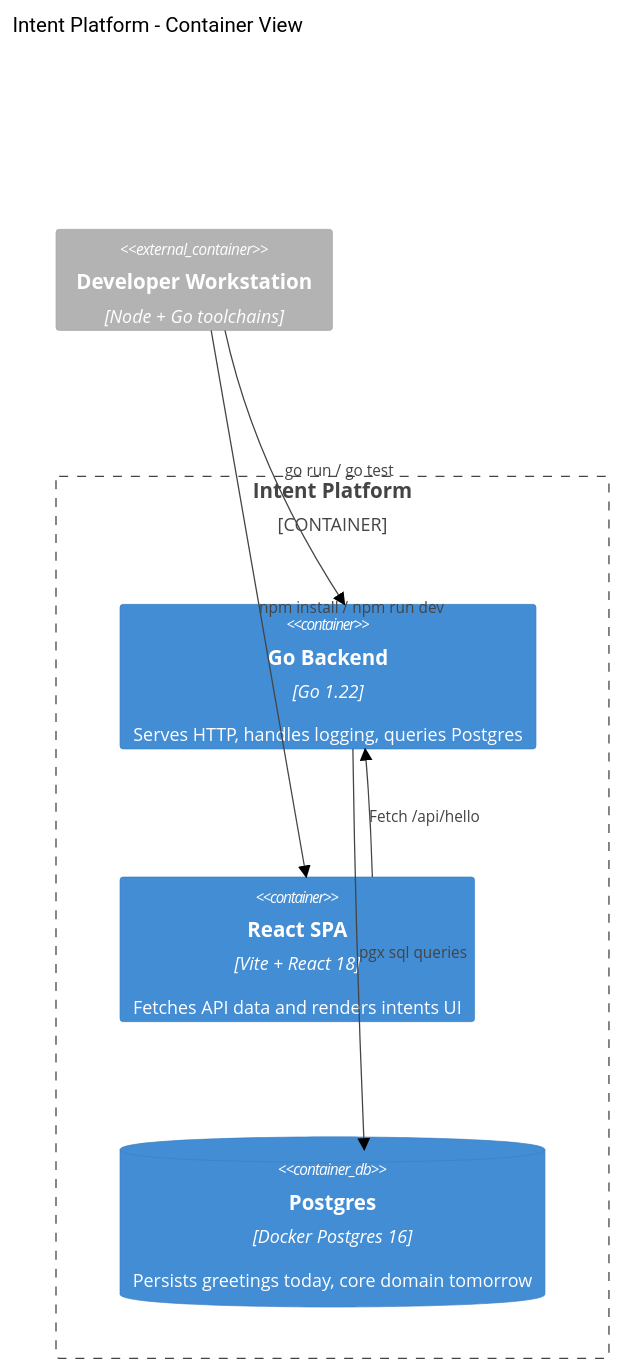
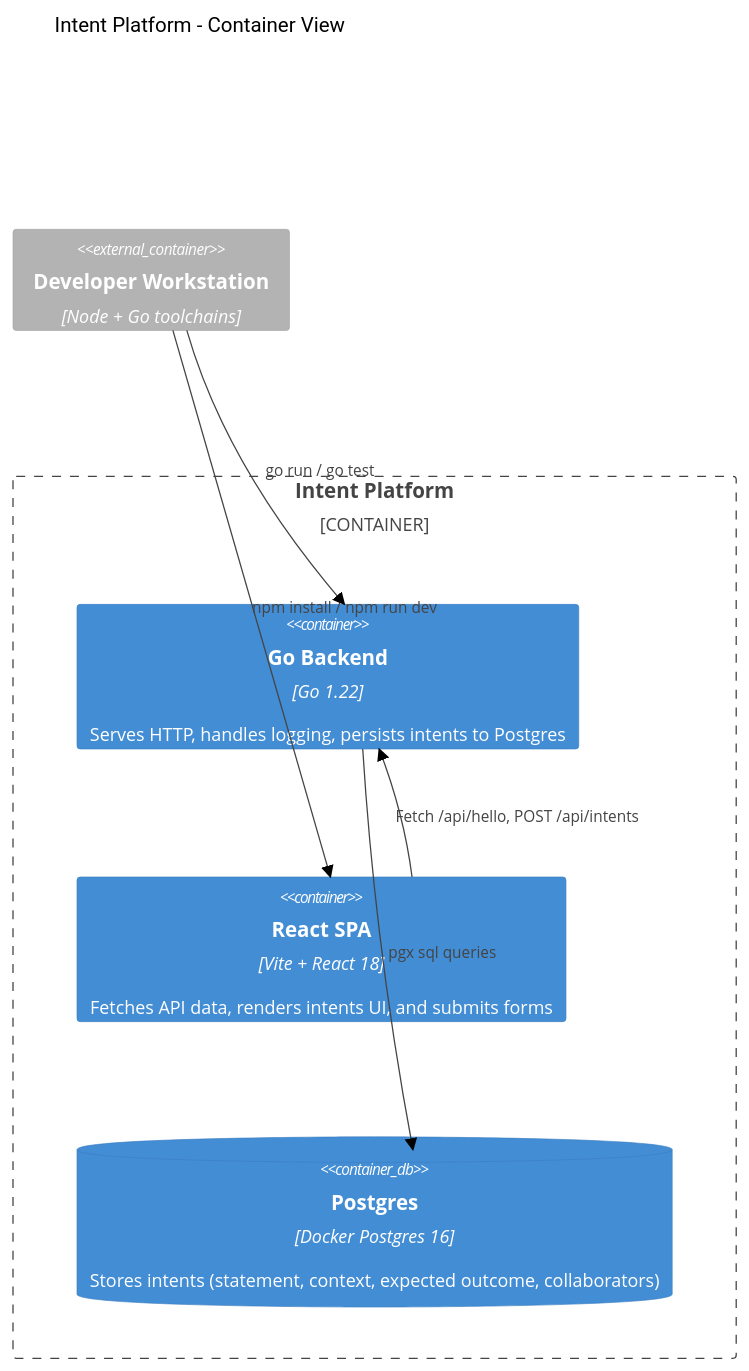
Before and after one commit to aotearoa-david/intent: the second of 2 diagrams in README.md, drawn with Mermaid (forest theme). The commit also changed other lines of this file and 15 other files, not shown here.

````diff
--- a/README.md
+++ b/README.md
@@ -113,15 +127,15 @@
 ```mermaid
 C4Container
     title Intent Platform - Container View
     Container_Boundary(c1, "Intent Platform") {
-        Container(api, "Go Backend", "Go 1.22", "Serves HTTP, handles logging, queries Postgres")
-        Container(frontend, "React SPA", "Vite + React 18", "Fetches API data and renders intents UI")
-        ContainerDb(db, "Postgres", "Docker Postgres 16", "Persists greetings today, core domain tomorrow")
+        Container(api, "Go Backend", "Go 1.22", "Serves HTTP, handles logging, persists intents to Postgres")
+        Container(frontend, "React SPA", "Vite + React 18", "Fetches API data, renders intents UI, and submits forms")
+        ContainerDb(db, "Postgres", "Docker Postgres 16", "Stores intents (statement, context, expected outcome, collaborators)")
     }
     Container_Ext(dev, "Developer Workstation", "Node + Go toolchains")
 
     Rel(dev, frontend, "npm install / npm run dev")
     Rel(dev, api, "go run / go test")
-    Rel(frontend, api, "Fetch /api/hello")
+    Rel(frontend, api, "Fetch /api/hello, POST /api/intents")
     Rel(api, db, "pgx sql queries")
 ```
````
